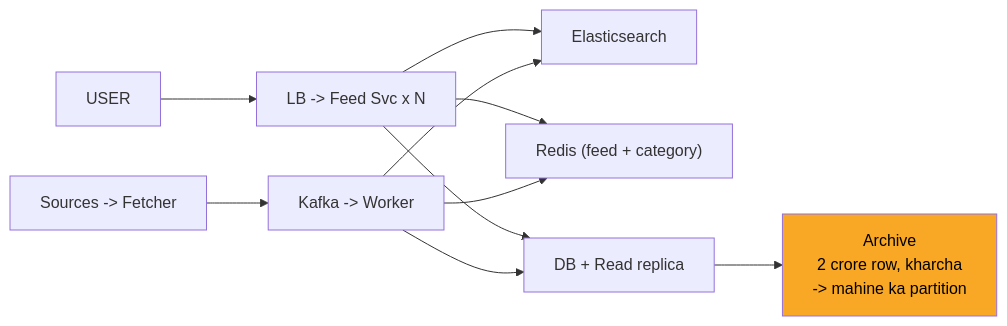
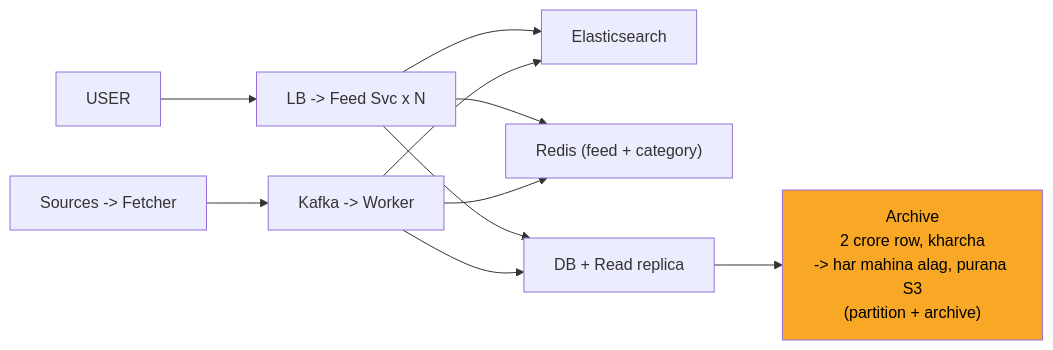
Before and after one commit to ArpanMaheshwari144/Prep: the ninth of 11 diagrams in 04_HLD/SYSTEM_DESIGNS/08_news_aggregator/08_news_aggregator_INTERVIEW.md, drawn with Mermaid. The commit also changed other lines of this file and 13 other files, not shown here.

````diff
--- a/04_HLD/SYSTEM_DESIGNS/08_news_aggregator/08_news_aggregator_INTERVIEW.md
+++ b/04_HLD/SYSTEM_DESIGNS/08_news_aggregator/08_news_aggregator_INTERVIEW.md
@@ -314,21 +314,21 @@
 ```mermaid
 flowchart LR
     n_USER["USER"]
     n_LF["LB -> Feed Svc x N"]
     n_Elasticsearch["Elasticsearch"]
     n_Redis["Redis (feed + category)"]
     n_DBR["DB + Read replica"]
-    n_Archive["Archive<br/>2 crore row, kharcha<br/>-> mahine ka partition"]
+    n_Archive["Archive<br/>2 crore row, kharcha<br/>-> har mahina alag, purana S3<br/>(partition + archive)"]
     n_KW["Kafka -> Worker"]
     n_SF["Sources -> Fetcher"]
     n_USER --> n_LF
     n_LF --> n_Elasticsearch
     n_LF --> n_Redis
     n_LF --> n_DBR
     n_DBR --> n_Archive
     n_KW --> n_DBR
     n_KW --> n_Redis
     n_KW --> n_Elasticsearch
     n_SF --> n_KW
     style n_Archive fill:#f9a825,color:#000
 ```
````
